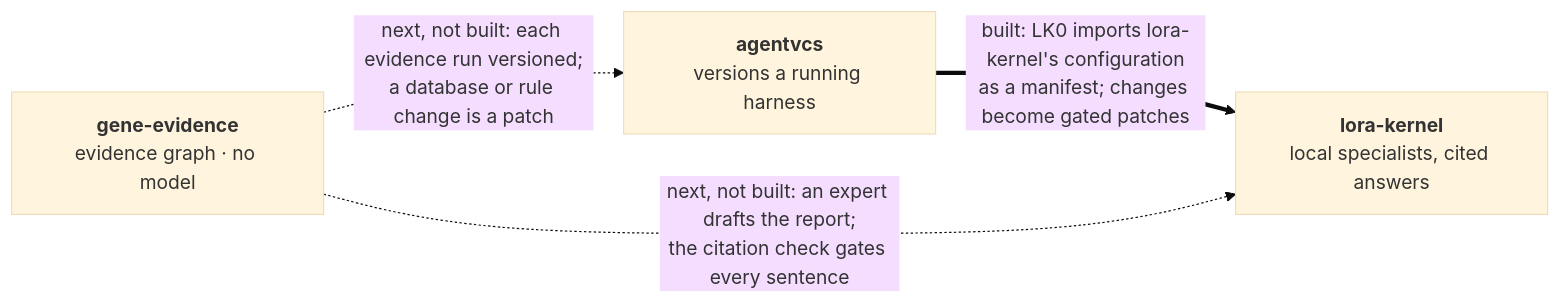
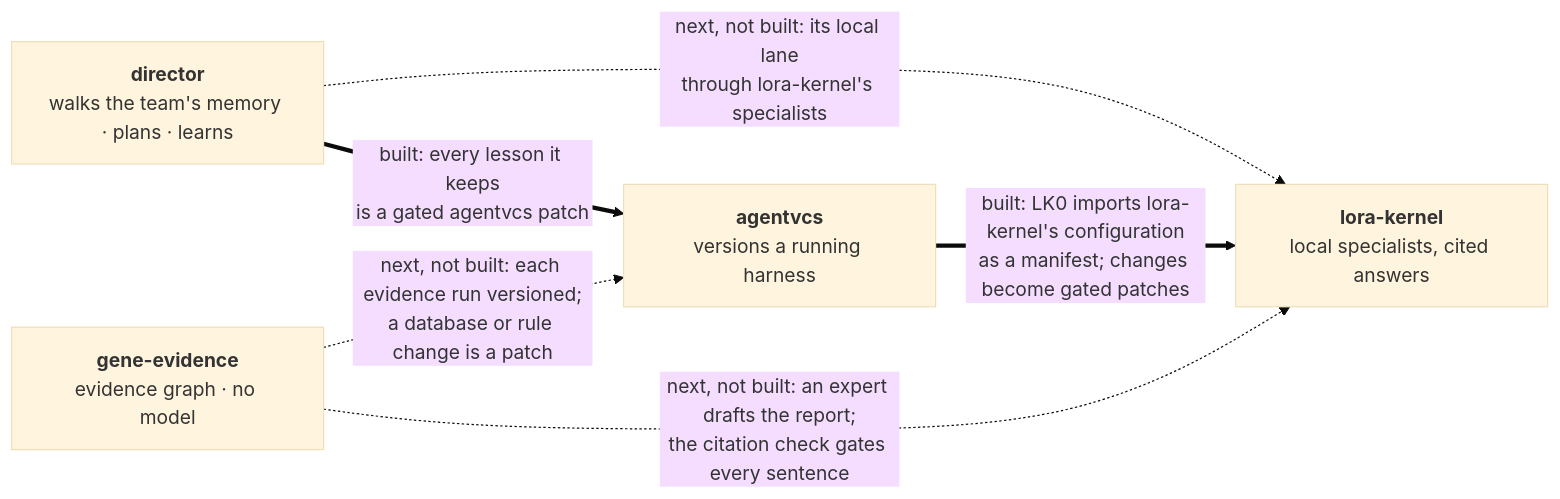
Before and after one commit to EvolvingAgentsLabs/.github: the diagram in profile/README.md, drawn with Mermaid (base theme). The commit also changed other lines of this file, not shown here.

Commit message:
profile: the director at the centre; evolving-agents active again as the hub

````diff
--- a/profile/README.md
+++ b/profile/README.md
@@ -44,9 +54,12 @@
 ```mermaid
 flowchart LR
+    DI["<b>director</b><br/>walks the team's memory · plans · learns"]
     GE["<b>gene-evidence</b><br/>evidence graph · no model"]
     LK["<b>lora-kernel</b><br/>local specialists, cited answers"]
     AV["<b>agentvcs</b><br/>versions a running harness"]
+    DI == "built: every lesson it keeps<br/>is a gated agentvcs patch" ==> AV
+    DI -. "next, not built: its local lane<br/>through lora-kernel's specialists" .-> LK
     AV == "built: LK0 imports lora-kernel's configuration<br/>as a manifest; changes become gated patches" ==> LK
     GE -. "next, not built: an expert drafts the report;<br/>the citation check gates every sentence" .-> LK
     GE -. "next, not built: each evidence run versioned;<br/>a database or rule change is a patch" .-> AV
 ```
````
